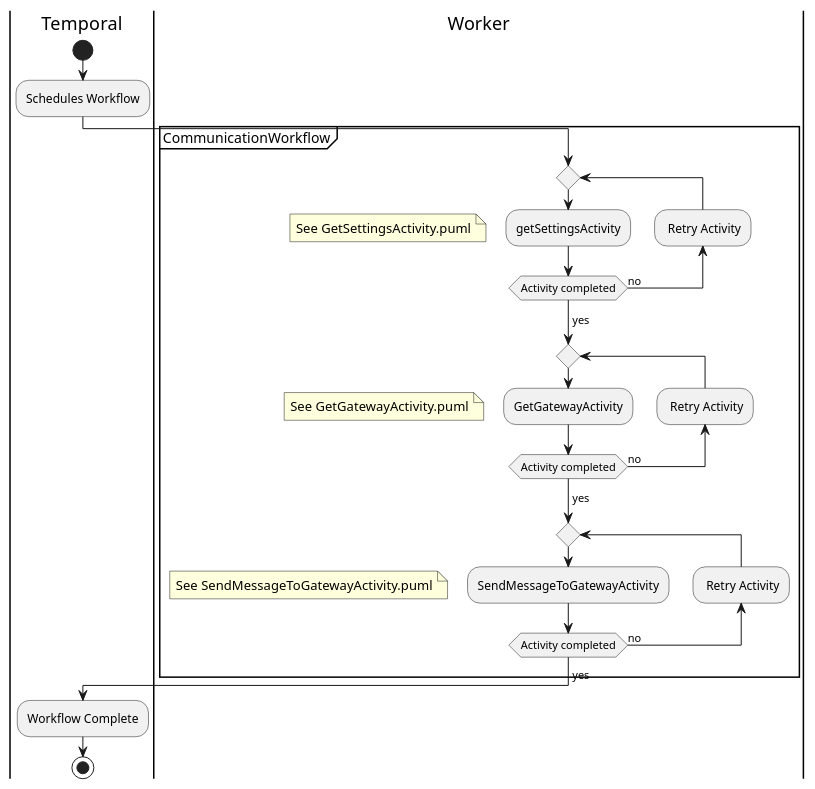
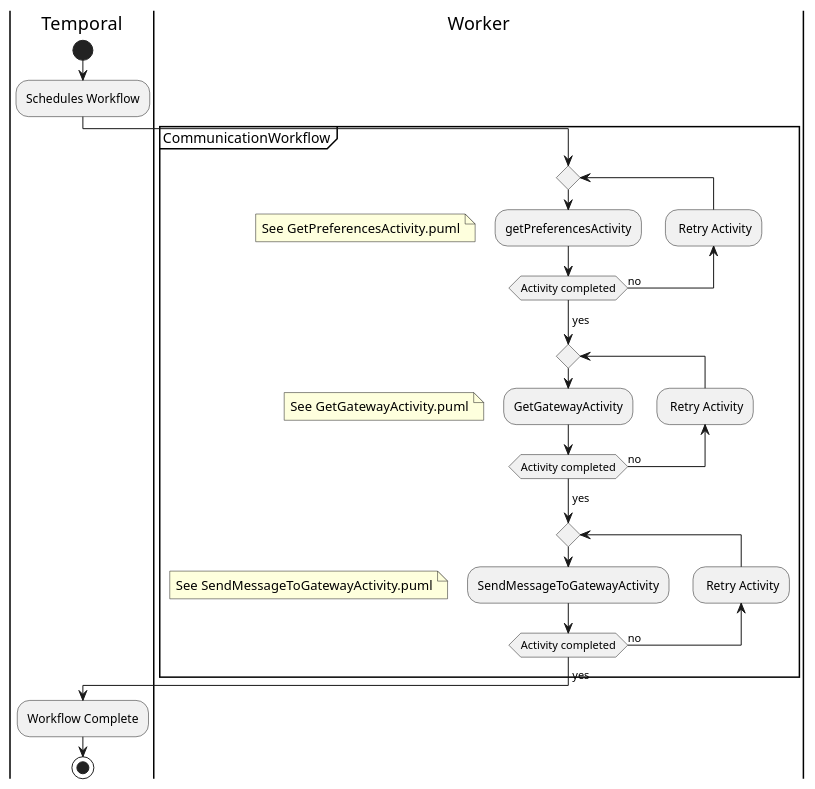
Before and after one commit to CameronWard301/communication_scheduler: the diagram in Designs/Activity Diagrams/SendCommunicationWorkflow.puml, drawn with PlantUML. The commit also changed 40 other files, not shown here.

Commit message:
Updated diagrams and images

```diff
--- a/Designs/Activity Diagrams/SendCommunicationWorkflow.puml
+++ b/Designs/Activity Diagrams/SendCommunicationWorkflow.puml
@@ -1,40 +1,40 @@
 @startuml SendCommunicationActivity
 |Temporal|
 start
 
 :Schedules Workflow;
 
 |Worker|
 partition CommunicationWorkflow {
     
     repeat
-        :getSettingsActivity;
-        floating note: See GetSettingsActivity.puml
+        :getPreferencesActivity;
+        floating note: See GetPreferencesActivity.puml
 
 
     backward: Retry Activity;
     repeat while (Activity completed) is (no)
 
     ->yes;
     repeat
         :GetGatewayActivity;
         floating note: See GetGatewayActivity.puml
 
     backward: Retry Activity;
     repeat while (Activity completed) is (no)
 
     ->yes;
     repeat
         :SendMessageToGatewayActivity;
         floating note: See SendMessageToGatewayActivity.puml
 
     backward: Retry Activity;
     repeat while (Activity completed) is (no)
     ->yes;
 }
 |Temporal|
 
 :Workflow Complete;
 stop
 
 @enduml
```
